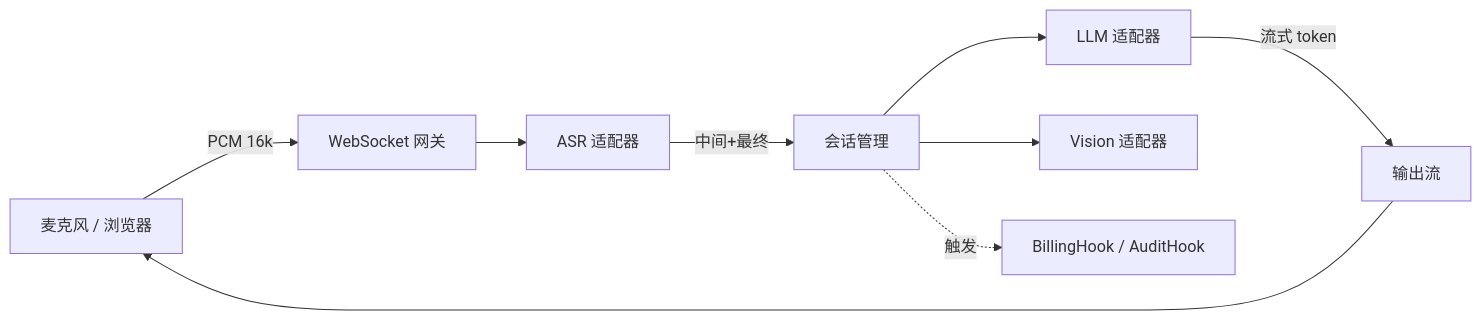
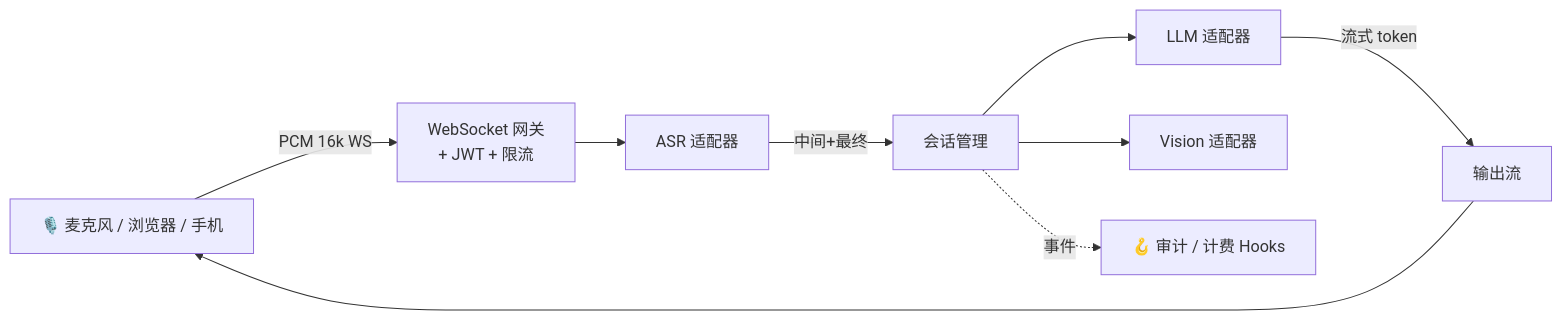
Before and after one commit to tianjimeteor/VoxCore: the diagram in README.zh-CN.md, drawn with Mermaid. The commit also changed other lines of this file and 1 other file, not shown here.

````diff
--- a/README.zh-CN.md
+++ b/README.zh-CN.md
@@ -62,11 +146,11 @@
 ```mermaid
 graph LR
-    Mic[麦克风 / 浏览器] -->|PCM 16k| WS[WebSocket 网关]
-    WS --> ASR[ASR 适配器]
+    Mic[🎙️ 麦克风 / 浏览器 / 手机] -->|PCM 16k WS| Gateway[WebSocket 网关<br/>+ JWT + 限流]
+    Gateway --> ASR[ASR 适配器]
     ASR -->|中间+最终| Session[会话管理]
     Session --> LLM[LLM 适配器]
     LLM -->|流式 token| Out[输出流]
     Session --> Vision[Vision 适配器]
-    Session -.触发.-> Hooks[BillingHook / AuditHook]
+    Session -.事件.-> Hooks[🪝 审计 / 计费 Hooks]
     Out --> Mic
 ```
````
